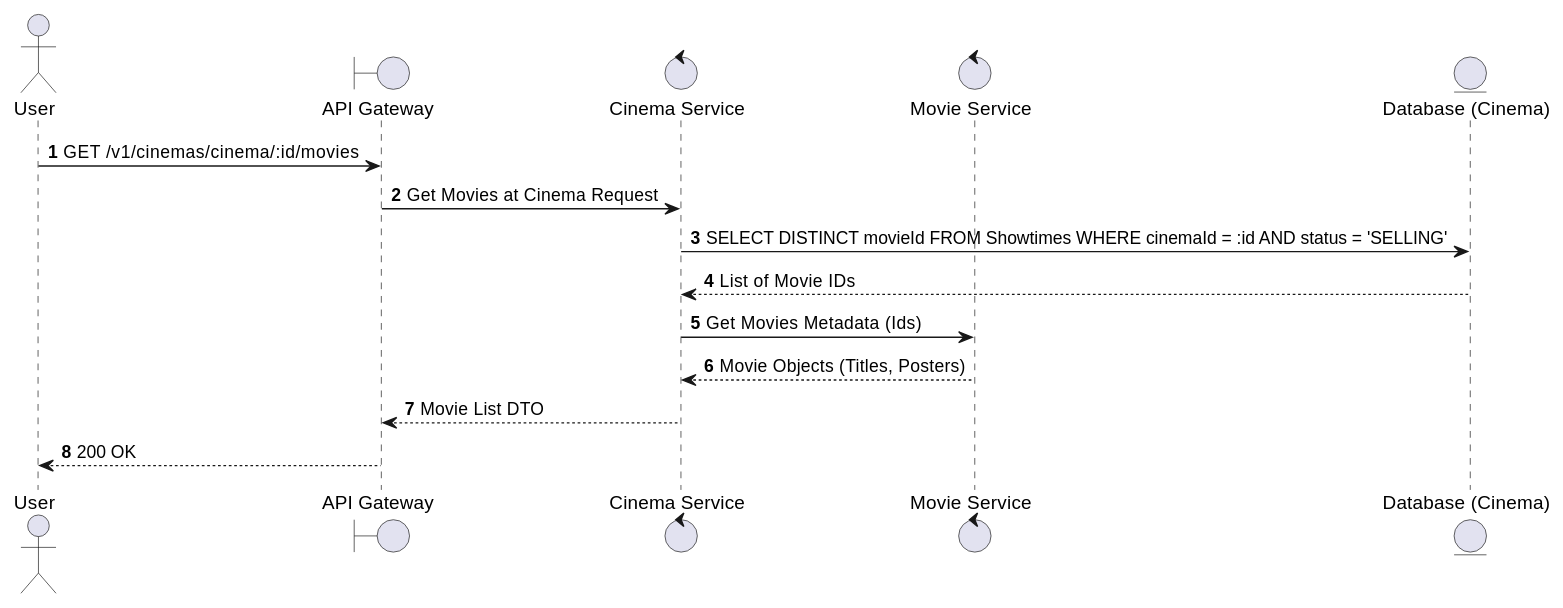
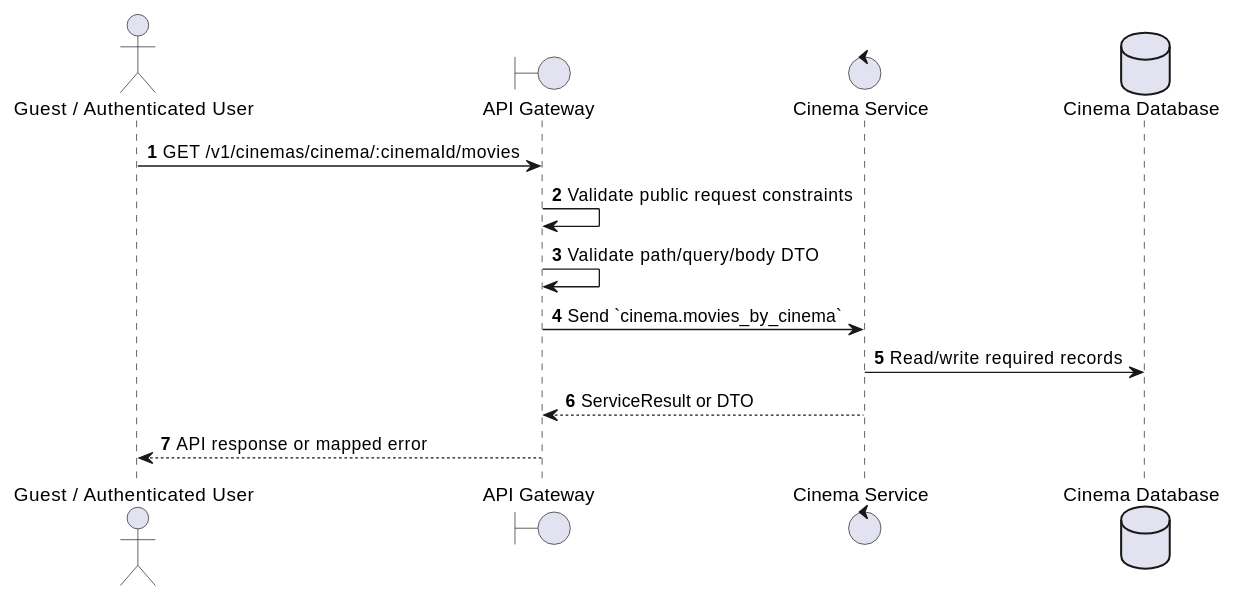
Before and after one commit to Tanh1603/movie-hub-architecture: the first of 2 diagrams in docs/functional_specs/3.4_Showtime_Scheduling/ST-09_Get_Movies_at_Cinema.md, drawn with PlantUML. The commit also changed other lines of this file and 126 other files, not shown here.

````diff
--- a/docs/functional_specs/3.4_Showtime_Scheduling/ST-09_Get_Movies_at_Cinema.md
+++ b/docs/functional_specs/3.4_Showtime_Scheduling/ST-09_Get_Movies_at_Cinema.md
@@ -17,19 +17,17 @@
 ```plantuml
 @startuml
 autonumber
-actor User
+actor "Guest / Authenticated User" as Actor
 boundary "API Gateway" as GW
-control "Cinema Service" as CS
-control "Movie Service" as MS
-entity "Database (Cinema)" as DB
+control "Cinema Service" as SVC
+database "Cinema Database" as DB
 
-User -> GW: GET /v1/cinemas/cinema/:id/movies
-GW -> CS: Get Movies at Cinema Request
-CS -> DB: SELECT DISTINCT movieId FROM Showtimes WHERE cinemaId = :id AND status = 'SELLING'
-DB --> CS: List of Movie IDs
-CS -> MS: Get Movies Metadata (Ids)
-MS --> CS: Movie Objects (Titles, Posters)
-CS --> GW: Movie List DTO
-GW --> User: 200 OK
+Actor -> GW: GET /v1/cinemas/cinema/:cinemaId/movies
+GW -> GW: Validate public request constraints
+GW -> GW: Validate path/query/body DTO
+GW -> SVC: Send `cinema.movies_by_cinema`
+SVC -> DB: Read/write required records
+SVC --> GW: ServiceResult or DTO
+GW --> Actor: API response or mapped error
 @enduml
 ```
````
